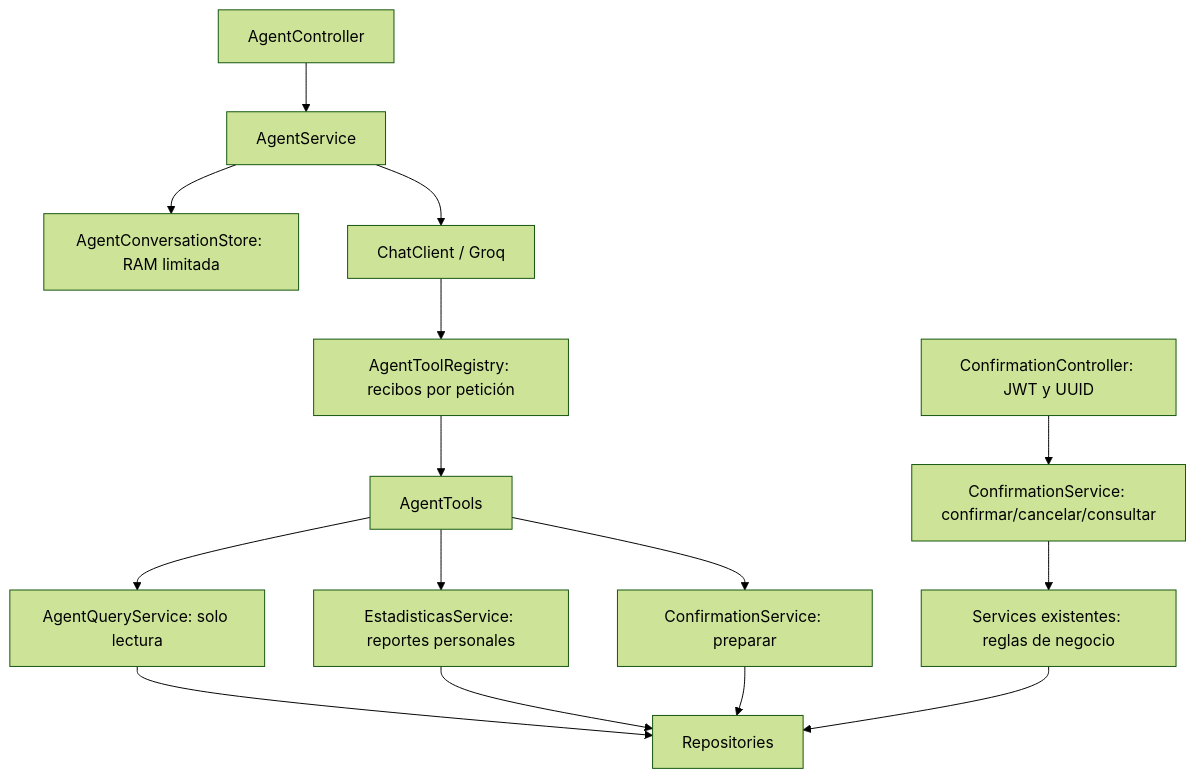
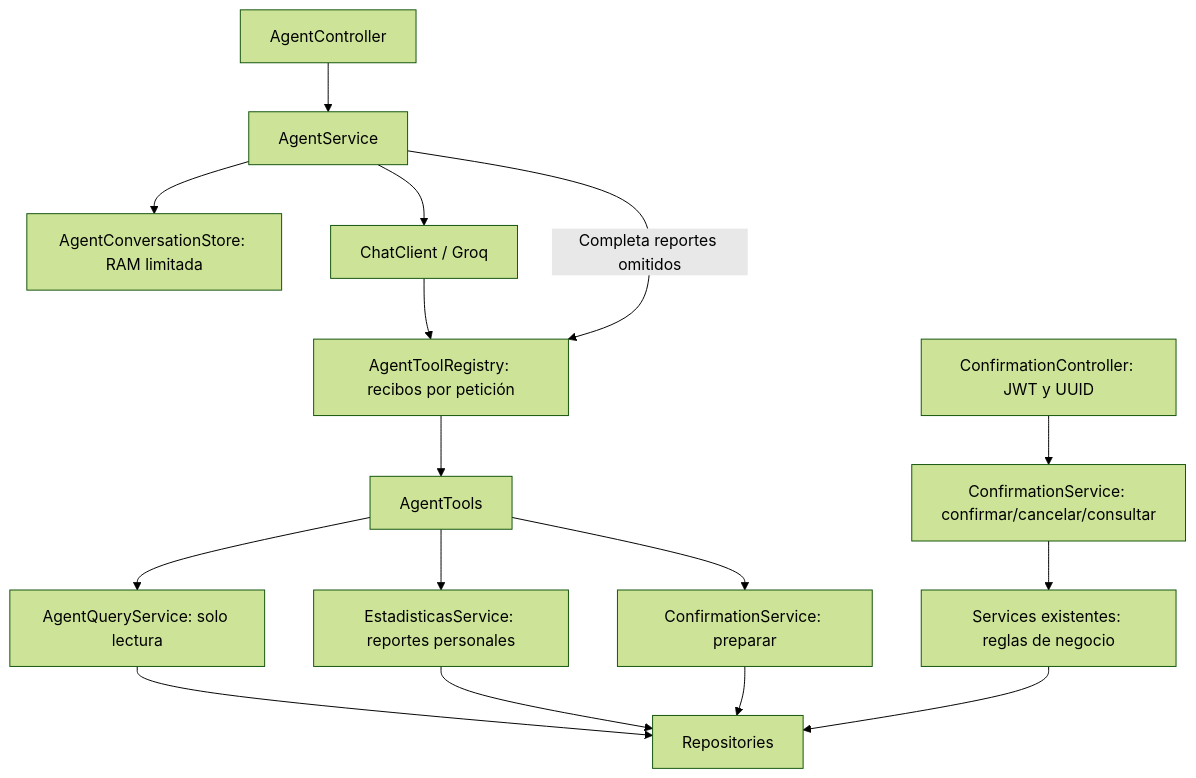
Before and after one commit to pollitoconpapass/uniride-spring-backend: the diagram in docs/agente_flujo.md, drawn with Mermaid (forest theme). The commit also changed other lines of this file and 8 other files, not shown here.

````diff
--- a/docs/agente_flujo.md
+++ b/docs/agente_flujo.md
@@ -11,17 +11,18 @@
 ```mermaid
 flowchart TD
     C[AgentController] --> S[AgentService]
     S --> M[AgentConversationStore: RAM limitada]
     S --> CC[ChatClient / Groq]
     CC --> R[AgentToolRegistry: recibos por petición]
+    S -->|Completa reportes omitidos| R
     R --> T[AgentTools]
     T --> Q[AgentQueryService: solo lectura]
     T --> A[EstadisticasService: reportes personales]
     T --> P[ConfirmationService: preparar]
     H[ConfirmationController: JWT y UUID] --> E[ConfirmationService: confirmar/cancelar/consultar]
     E --> B[Services existentes: reglas de negocio]
     Q --> DB[Repositories]
     A --> DB
     P --> DB
     B --> DB
 ```
````
